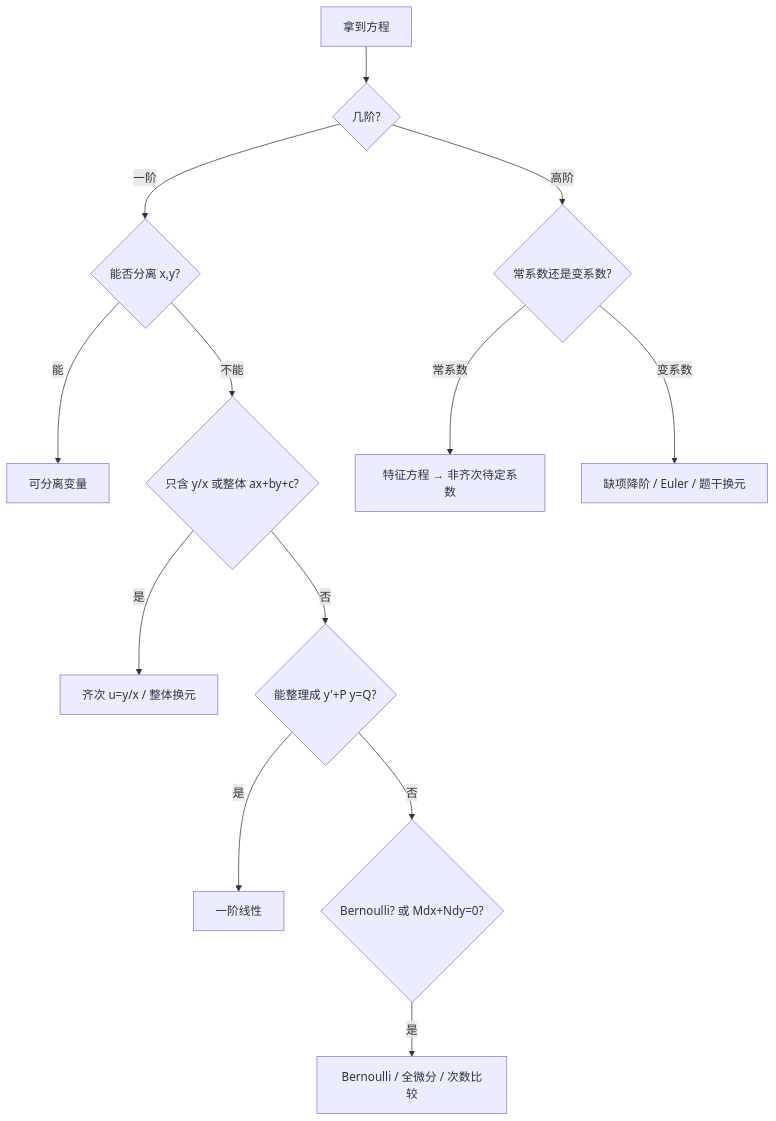
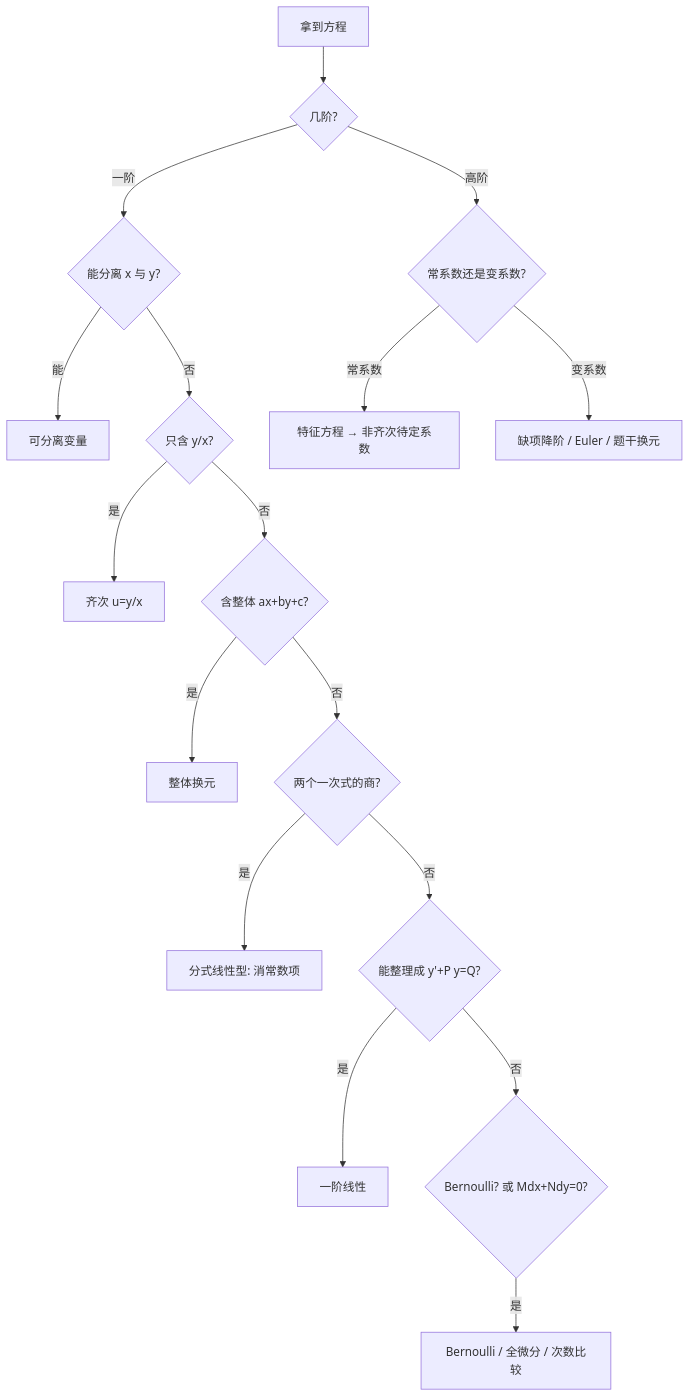
The second of 2 diagrams in 04_数学大观/高数大观/微分方程/微分方程 MOC.md (priceHE2002/Obsidian), drawn with Mermaid before and after one commit. The commit also changed other lines of this file and 4 other files, not shown here.

````diff
--- a/04_数学大观/高数大观/微分方程/微分方程 MOC.md
+++ b/04_数学大观/高数大观/微分方程/微分方程 MOC.md
@@ -29,15 +33,20 @@
 ```mermaid
+%%{init: {"fontFamily": "Quiet Sans, sans-serif", "themeVariables": {"fontFamily": "Quiet Sans, sans-serif"}}}%%
 flowchart TD
     S[拿到方程] --> S1{几阶?}
-    S1 -- 一阶 --> A{能否分离 x,y?}
+    S1 -- 一阶 --> A{能分离 x 与 y?}
     A -- 能 --> A0[可分离变量]
-    A -- 不能 --> A1{只含 y/x 或整体 ax+by+c?}
-    A1 -- 是 --> A2[齐次 u=y/x / 整体换元]
-    A1 -- 否 --> A3{能整理成 y'+P y=Q?}
+    A -- 否 --> A1{只含 y/x?}
+    A1 -- 是 --> A2[齐次 u=y/x]
+    A1 -- 否 --> A2b{含整体 ax+by+c?}
+    A2b -- 是 --> A2c[整体换元]
+    A2b -- 否 --> A2d{两个一次式的商?}
+    A2d -- 是 --> A2e[分式线性型: 消常数项]
+    A2d -- 否 --> A3{能整理成 y'+P y=Q?}
     A3 -- 是 --> A4[一阶线性]
     A3 -- 否 --> A5{Bernoulli? 或 Mdx+Ndy=0?}
     A5 -- 是 --> A6[Bernoulli / 全微分 / 次数比较]
     S1 -- 高阶 --> B1{常系数还是变系数?}
     B1 -- 常系数 --> B2[特征方程 → 非齐次待定系数]
     B1 -- 变系数 --> B3[缺项降阶 / Euler / 题干换元]
 ```
````
